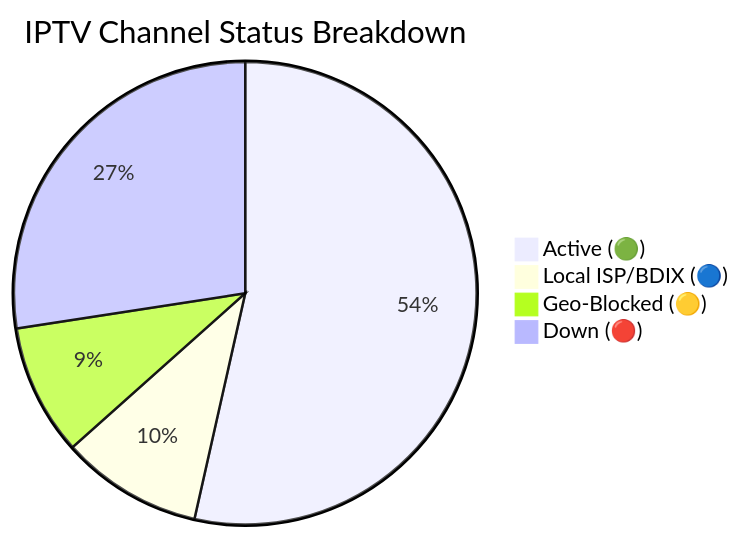
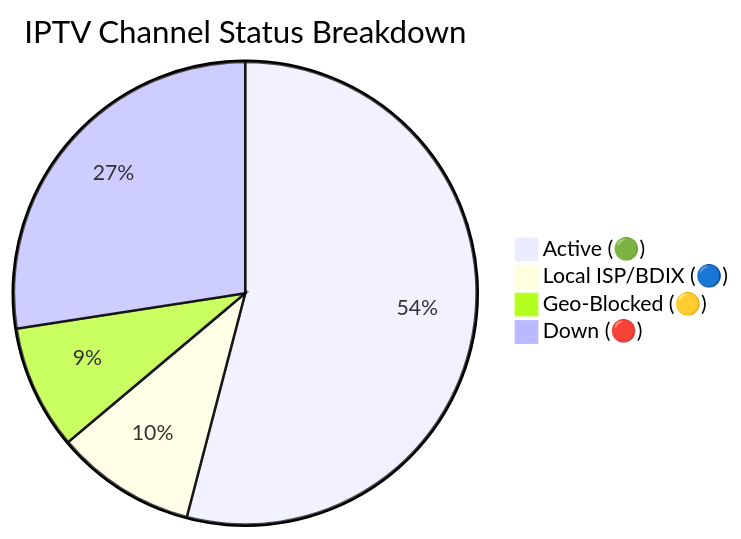
The diagram in README.md (f6388600-ai/Web), drawn with Mermaid before and after one commit. The commit also changed other lines of this file and 6 other files, not shown here.

````diff
--- a/README.md
+++ b/README.md
@@ -149,7 +149,7 @@
 ```mermaid
 pie title IPTV Channel Status Breakdown
-    "Active (🟢)" : 9511
-    "Local ISP/BDIX (🔵)" : 1757
-    "Geo-Blocked (🟡)" : 1627
-    "Down (🔴)" : 4875
+    "Active (🟢)" : 9629
+    "Local ISP/BDIX (🔵)" : 1747
+    "Geo-Blocked (🟡)" : 1546
+    "Down (🔴)" : 4888
 ```
````
